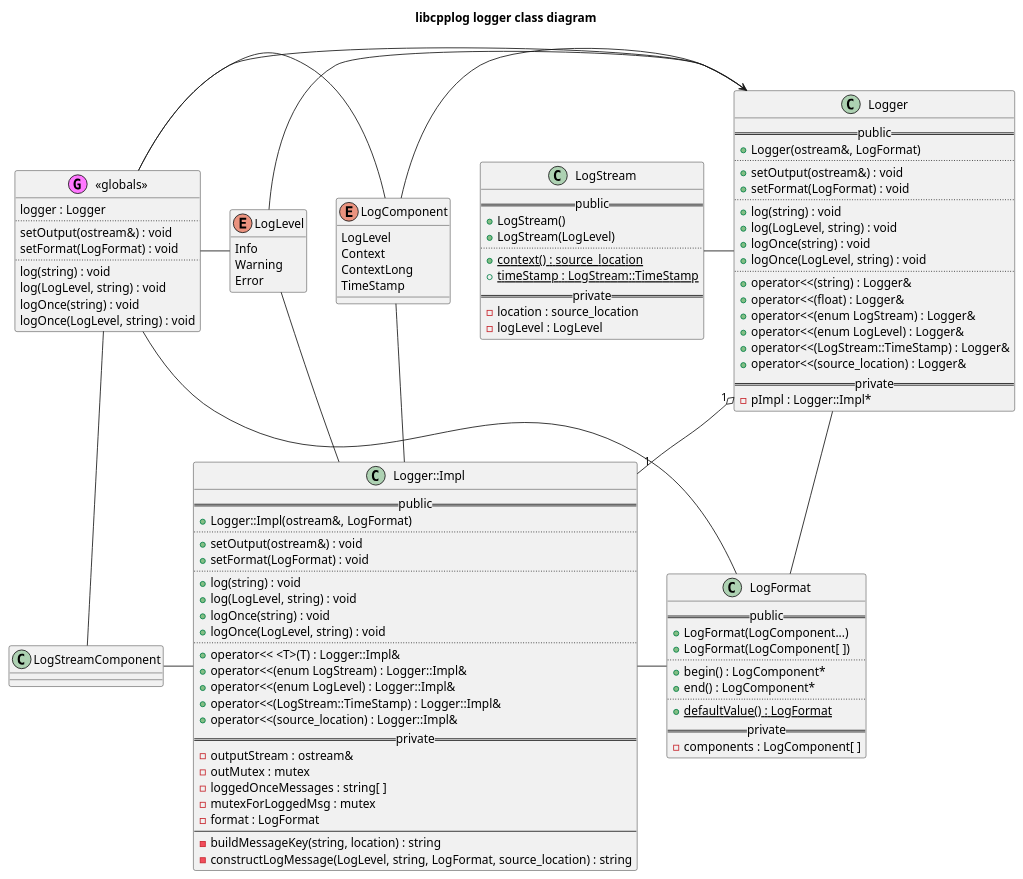
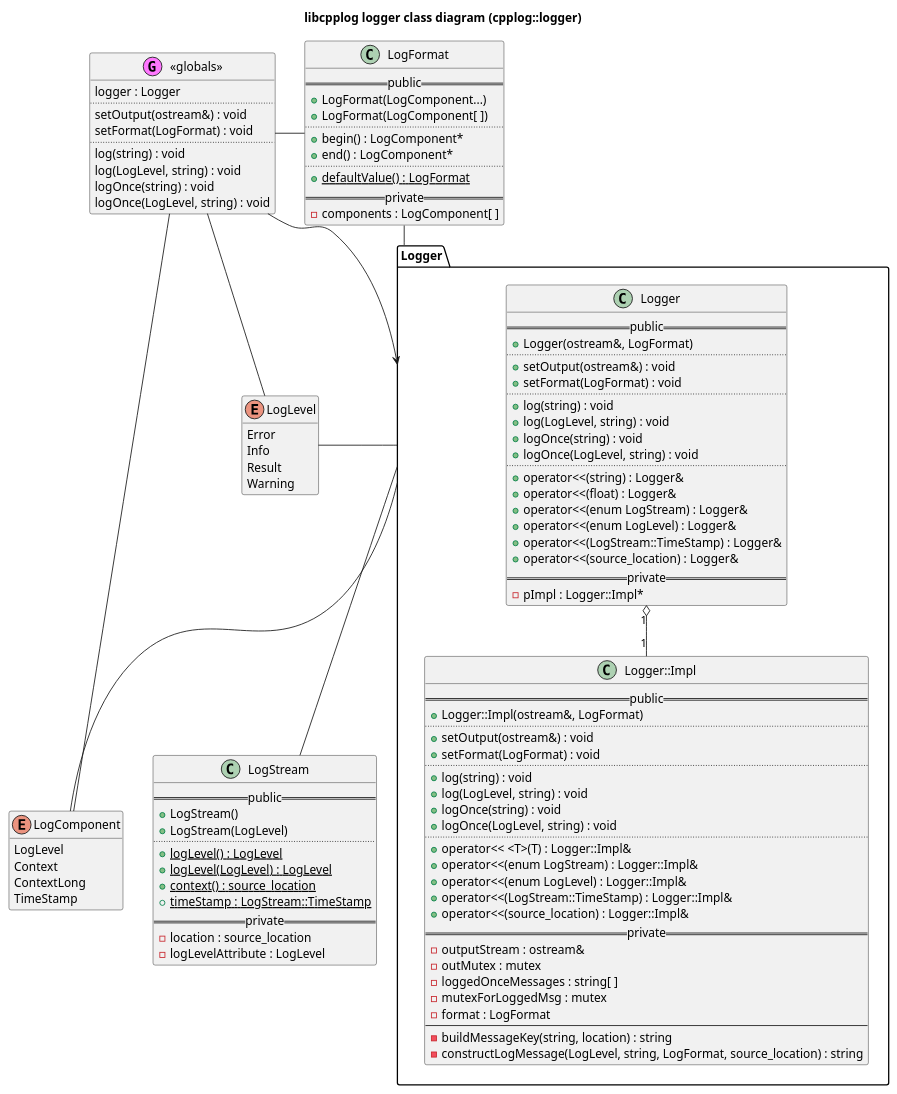
Before and after one commit to kfpgk/libcpplog: the diagram in libcpplog/logger/doc/class.puml, drawn with PlantUML. The commit also changed 15 other files, not shown here.

First line of the commit message:
Make Logger copyable and introduce LogStream object

```diff
--- a/libcpplog/logger/doc/class.puml
+++ b/libcpplog/logger/doc/class.puml
@@ -1,126 +1,130 @@
 @startuml logger-class-diagram
 
-title libcpplog logger class diagram
+title libcpplog logger class diagram (cpplog::logger)
 
 enum LogLevel {
+    Error
     Info
+    Result
     Warning
-    Error
 }
 hide LogLevel methods
 
 enum LogComponent {
     LogLevel
     Context
     ContextLong
     TimeStamp
 }
+hide LogComponent methods
 
 class LogStream {
     == public ==
     + LogStream()
     + LogStream(LogLevel)
     ..
+    + {static} logLevel() : LogLevel
+    + {static} logLevel(LogLevel) : LogLevel
     + {static} context() : source_location
     + {static} timeStamp : LogStream::TimeStamp
     == private ==
     - location : source_location
-    - logLevel : LogLevel
+    - logLevelAttribute : LogLevel
 }
 
 class LogFormat {
     == public ==
     + LogFormat(LogComponent...)
     + LogFormat(LogComponent[ ])
     ..
     + begin() : LogComponent*
     + end() : LogComponent*
     ..
     + {static} defaultValue() : LogFormat
     == private ==
     - components : LogComponent[ ]
 }
 
-class Logger {
-    == public ==
-    + Logger(ostream&, LogFormat)
-    ..
-    + setOutput(ostream&) : void
-    + setFormat(LogFormat) : void
-    ..
-    + log(string) : void
-    + log(LogLevel, string) : void
-    + logOnce(string) : void
-    + logOnce(LogLevel, string) : void
-    ..
-    + operator<<(string) : Logger&
-    + operator<<(float) : Logger&
-    + operator<<(enum LogStream) : Logger&
-    + operator<<(enum LogLevel) : Logger&
-    + operator<<(LogStream::TimeStamp) : Logger&
-    + operator<<(source_location) : Logger&
-    == private ==
-    - pImpl : Logger::Impl*
+package Logger as LoggerPackage {
+    class Logger {
+        == public ==
+        + Logger(ostream&, LogFormat)
+        ..
+        + setOutput(ostream&) : void
+        + setFormat(LogFormat) : void
+        ..
+        + log(string) : void
+        + log(LogLevel, string) : void
+        + logOnce(string) : void
+        + logOnce(LogLevel, string) : void
+        ..
+        + operator<<(string) : Logger&
+        + operator<<(float) : Logger&
+        + operator<<(enum LogStream) : Logger&
+        + operator<<(enum LogLevel) : Logger&
+        + operator<<(LogStream::TimeStamp) : Logger&
+        + operator<<(source_location) : Logger&
+        == private ==
+        - pImpl : Logger::Impl*
+    }
+
+    class "Logger::Impl" as LoggerImpl {
+        == public ==
+        + Logger::Impl(ostream&, LogFormat)
+        ..
+        + setOutput(ostream&) : void
+        + setFormat(LogFormat) : void
+        ..
+        + log(string) : void
+        + log(LogLevel, string) : void
+        + logOnce(string) : void
+        + logOnce(LogLevel, string) : void
+        ..
+        + operator<< <T>(T) : Logger::Impl&
+        + operator<<(enum LogStream) : Logger::Impl&
+        + operator<<(enum LogLevel) : Logger::Impl&
+        + operator<<(LogStream::TimeStamp) : Logger::Impl&
+        + operator<<(source_location) : Logger::Impl&
+        == private ==
+        - outputStream : ostream&
+        - outMutex : mutex
+        - loggedOnceMessages : string[ ]
+        - mutexForLoggedMsg : mutex
+        - format : LogFormat
+        --
+        - buildMessageKey(string, location) : string
+        - constructLogMessage(LogLevel, string, LogFormat, source_location) : string
+    }
 }
+
 
 class "<<globals>>" as globals << (G,#FF77FF) >> {
     logger : Logger
     ..
     setOutput(ostream&) : void
     setFormat(LogFormat) : void
     ..
     log(string) : void
     log(LogLevel, string) : void
     logOnce(string) : void
     logOnce(LogLevel, string) : void
 }
 
-class "Logger::Impl" as LoggerImpl {
-    == public ==
-    + Logger::Impl(ostream&, LogFormat)
-    ..
-    + setOutput(ostream&) : void
-    + setFormat(LogFormat) : void
-    ..
-    + log(string) : void
-    + log(LogLevel, string) : void
-    + logOnce(string) : void
-    + logOnce(LogLevel, string) : void
-    ..
-    + operator<< <T>(T) : Logger::Impl&
-    + operator<<(enum LogStream) : Logger::Impl&
-    + operator<<(enum LogLevel) : Logger::Impl&
-    + operator<<(LogStream::TimeStamp) : Logger::Impl&
-    + operator<<(source_location) : Logger::Impl&
-    == private ==
-    - outputStream : ostream&
-    - outMutex : mutex
-    - loggedOnceMessages : string[ ]
-    - mutexForLoggedMsg : mutex
-    - format : LogFormat
-    --
-    - buildMessageKey(string, location) : string
-    - constructLogMessage(LogLevel, string, LogFormat, source_location) : string
-}
-
 Logger "1" o-- "1" LoggerImpl
 
-LogLevel - Logger
-LogComponent - Logger
-LogStream - Logger
+LogFormat - LoggerPackage
+LogLevel - LoggerPackage
+LogComponent - LoggerPackage
 
-LogLevel - LoggerImpl
-LogComponent - LoggerImpl
-LogStreamComponent - LoggerImpl
+LoggerPackage -- LogStream
 
-LogLevel -left- globals
-LogComponent -left- globals
-LogStreamComponent -left- globals
+globals - LogFormat
+globals - LogLevel
+globals - LogComponent
 
-Logger - LogFormat
-LoggerImpl - LogFormat 
-globals - LogFormat
+LogFormat -[hidden]down-> LogLevel
+LogLevel -[hidden]down-> LogComponent
 
-globals -> Logger
+globals -left-> LoggerPackage
 
 @enduml
```
